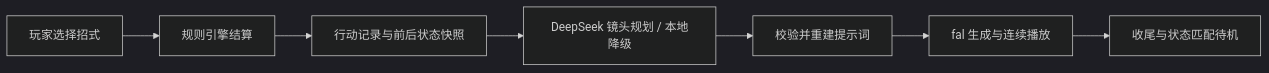
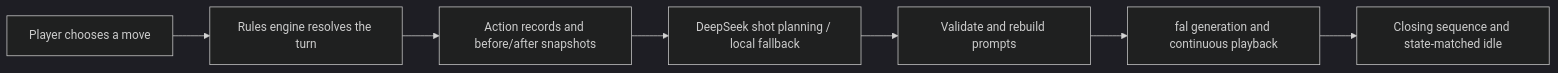
Before and after one commit to sonoxo/pokemonlive: the diagram in README.md, drawn with Mermaid (dark theme). The commit also changed other lines of this file and 18 other files, not shown here.

````diff
--- a/README.md
+++ b/README.md
@@ -36,9 +36,9 @@
 ```mermaid
 flowchart LR
-    A[玩家选择招式] --> B[规则引擎结算]
-    B --> C[行动记录与前后状态快照]
-    C --> D[DeepSeek 镜头规划 / 本地降级]
-    D --> E[校验并重建提示词]
-    E --> F[fal 生成与连续播放]
-    F --> G[收尾与状态匹配待机]
+    A[Player chooses a move] --> B[Rules engine resolves the turn]
+    B --> C[Action records and before/after snapshots]
+    C --> D[DeepSeek shot planning / local fallback]
+    D --> E[Validate and rebuild prompts]
+    E --> F[fal generation and continuous playback]
+    F --> G[Closing sequence and state-matched idle]
 ```
````
